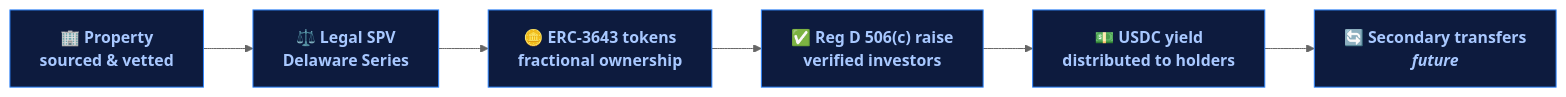
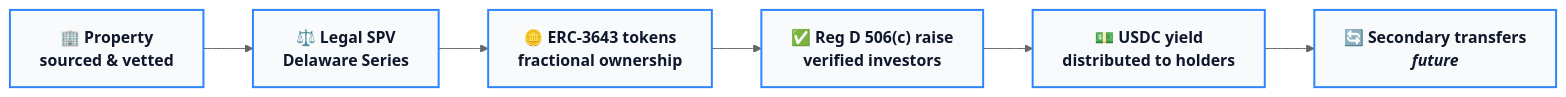
One commit to Gur-noor/Property-United changed the diagram in docs/solution.md. Above: the diagram before and after it, drawn with Mermaid (neutral theme).

````diff
--- a/docs/solution.md
+++ b/docs/solution.md
@@ -11,11 +11,11 @@
 ```mermaid
 flowchart LR
     A["🏢 Property<br/>sourced & vetted"] --> B["⚖️ Legal SPV<br/>Delaware Series"]
     B --> C["🪙 ERC-3643 tokens<br/>fractional ownership"]
     C --> D["✅ Reg D 506(c) raise<br/>verified investors"]
     D --> E["💵 USDC yield<br/>distributed to holders"]
     E --> F["🔄 Secondary transfers<br/><i>future</i>"]
 
-    classDef step fill:#0d1b3e,stroke:#2E86FF,color:#a8c8ff,font-weight:600;
+    classDef step fill:#F8FAFC,stroke:#2E86FF,color:#0F172A,stroke-width:2px,font-weight:bold;
     class A,B,C,D,E,F step;
 ```
````
